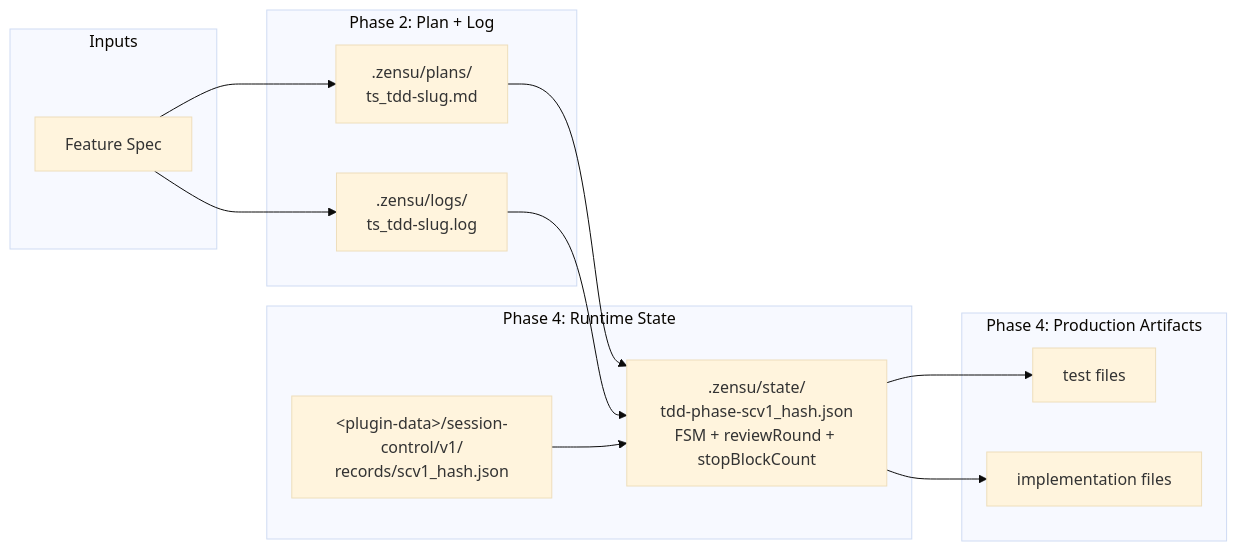
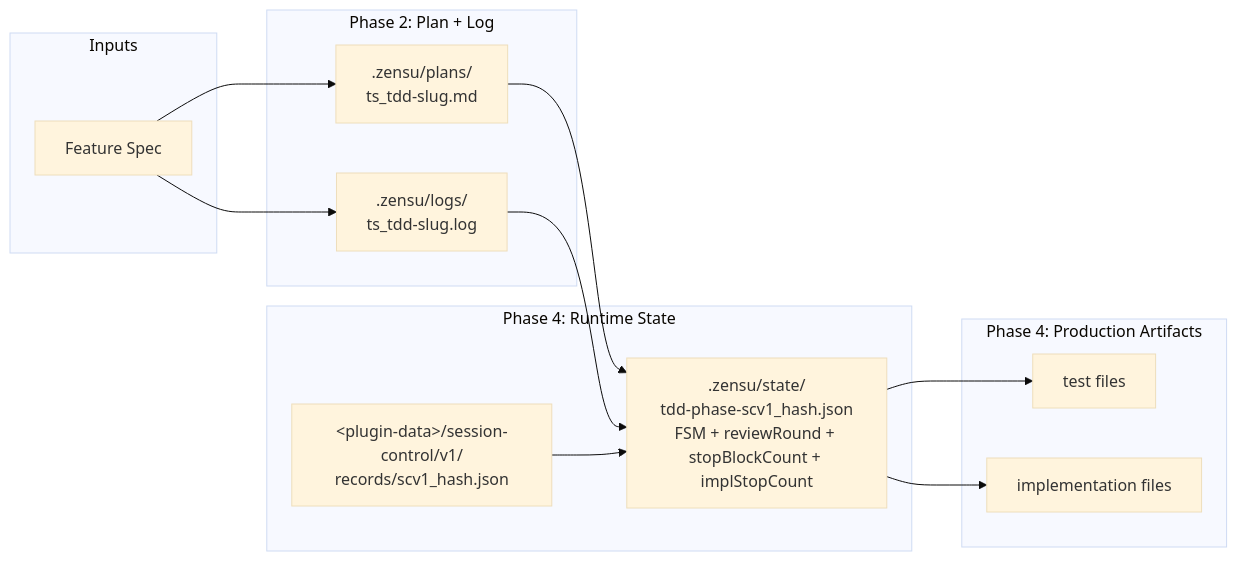
Before and after one commit to MKITConsulting/zensu-claude-code: the third of 4 diagrams in docs/tdd-manager-workflow.md, drawn with Mermaid (base theme). The commit also changed other lines of this file and 17 other files, not shown here.

First line of the commit message:
feat(doctor): count implementing-phase turns and warn on an unreviewed own chain

````diff
--- a/docs/tdd-manager-workflow.md
+++ b/docs/tdd-manager-workflow.md
@@ -230,25 +230,25 @@
 ```mermaid
 flowchart LR
     subgraph Inputs
       Spec[Feature Spec]
     end
     subgraph Plan_Phase[Phase 2: Plan + Log]
       Plan[.zensu/plans/<br/>ts_tdd-slug.md]
       Log[.zensu/logs/<br/>ts_tdd-slug.log]
     end
     subgraph Runtime_State[Phase 4: Runtime State]
-      State[.zensu/state/<br/>tdd-phase-scv1_hash.json<br/>FSM + reviewRound + stopBlockCount]
+      State[.zensu/state/<br/>tdd-phase-scv1_hash.json<br/>FSM + reviewRound + stopBlockCount + implStopCount]
       Context[&lt;plugin-data&gt;/session-control/v1/<br/>records/scv1_hash.json]
     end
     subgraph Production[Phase 4: Production Artifacts]
       Tests[test files]
       Code[implementation files]
     end
     Spec --> Plan
     Spec --> Log
     Plan --> State
     Log --> State
     Context --> State
     State --> Tests
     State --> Code
 ```
````
